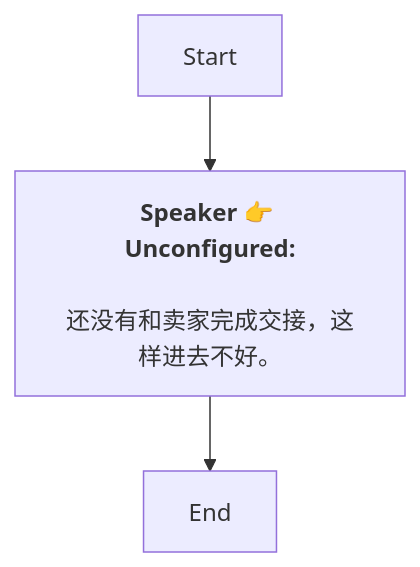
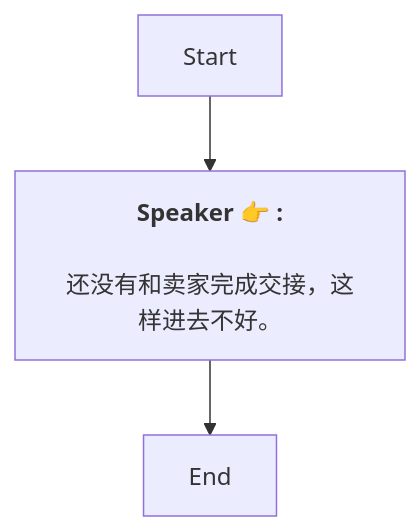
One commit to SoftHu/tos_avg changed the diagram in Zh/HotelLocked.md. Above: the diagram before and after it, drawn with Mermaid. The commit also changed 737 other files, not shown here.

````diff
--- a/Zh/HotelLocked.md
+++ b/Zh/HotelLocked.md
@@ -1,8 +1,7 @@
 ```mermaid
 graph
-Start -->1738457327230061[<b>Speaker 👉 Unconfigured:</b>
-
-还没有和卖家完成交接，这样进去不好。]
+Start -->1738457327230061[<b>Speaker 👉 :</b>
+\n还没有和卖家完成交接，这样进去不好。]
 1738457327230061 -->1738457337441390[End]
 
- ```
+```
````
